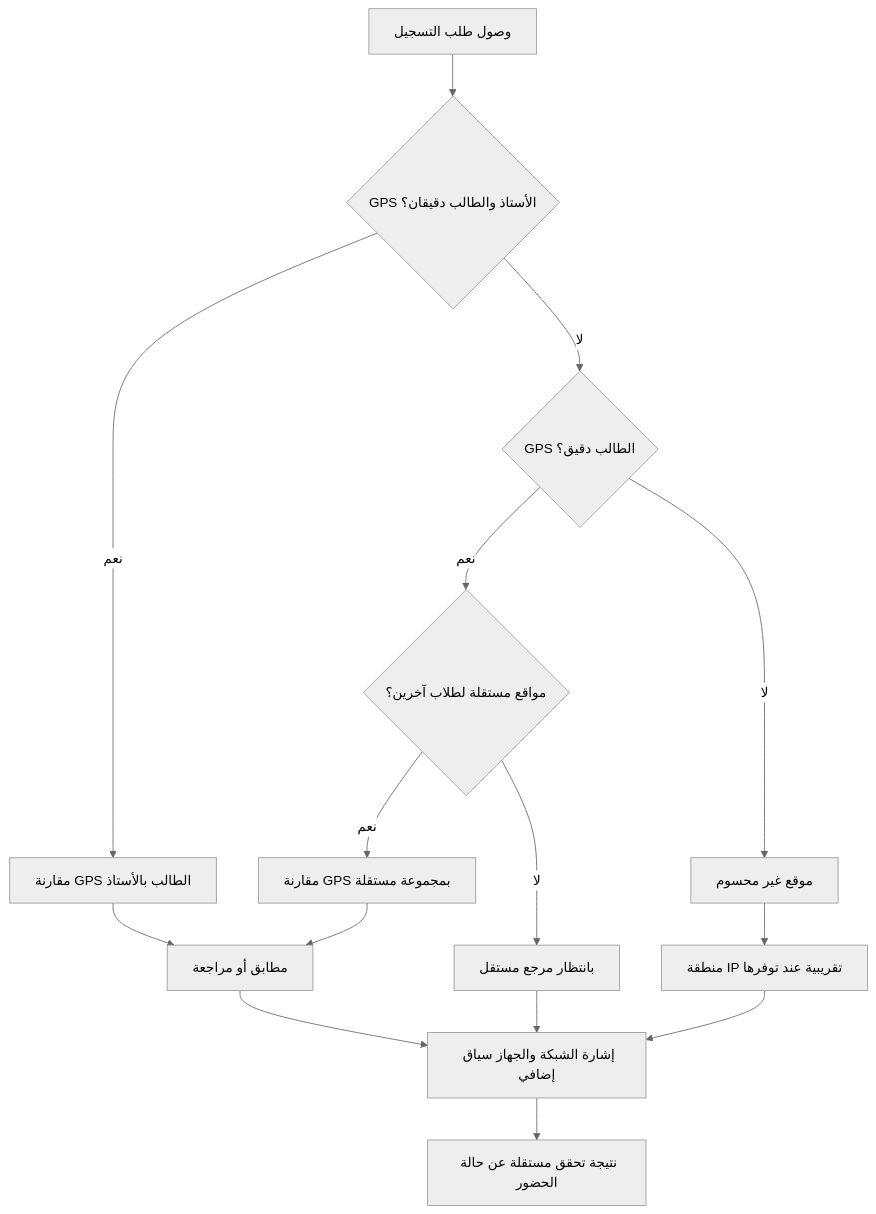
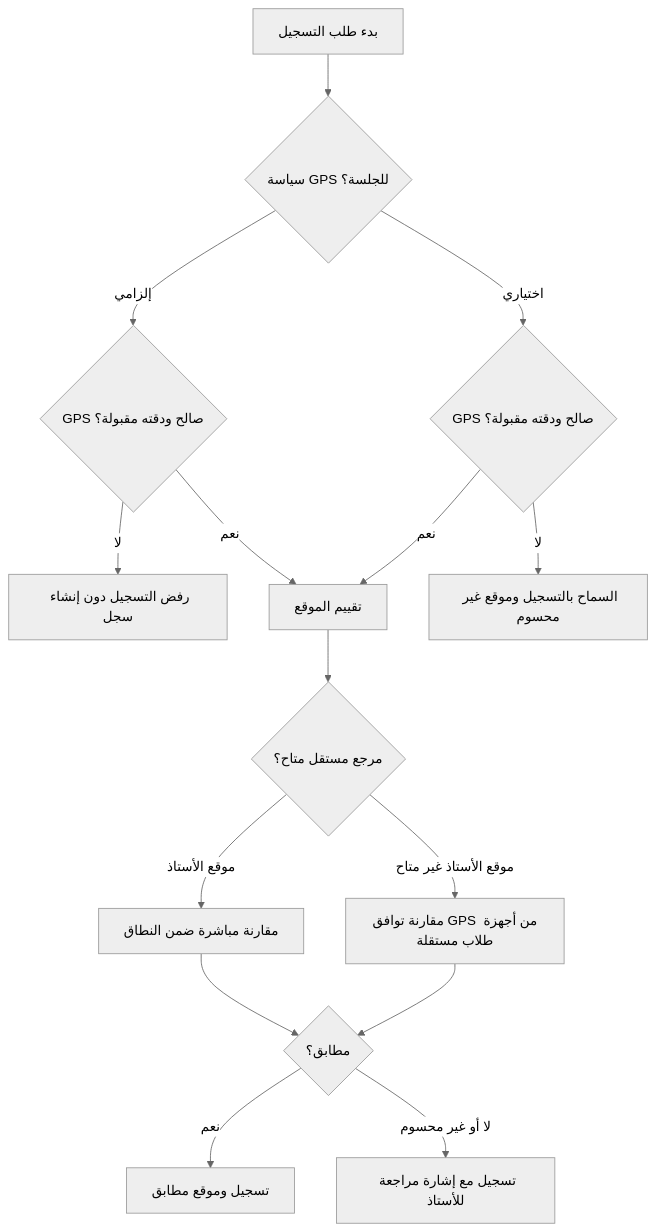
One commit to bedotalha/Attendanc changed the diagram in site/LOCATION_VERIFICATION_HIERARCHY.md. Above: the diagram before and after it, drawn with Mermaid (neutral theme). The commit also changed other lines of this file and 2 other files, not shown here.

Commit message:
Add two-path GPS session policy

````diff
--- a/site/LOCATION_VERIFICATION_HIERARCHY.md
+++ b/site/LOCATION_VERIFICATION_HIERARCHY.md
@@ -5,17 +10,17 @@
 ```mermaid
 flowchart TD
- A[وصول طلب التسجيل] --> B{GPS الأستاذ والطالب دقيقان؟}
- B -->|نعم| C[مقارنة GPS الطالب بالأستاذ]
- B -->|لا| D{GPS الطالب دقيق؟}
- D -->|نعم| E{مواقع مستقلة لطلاب آخرين؟}
- E -->|نعم| F[مقارنة GPS بمجموعة مستقلة]
- E -->|لا| G[بانتظار مرجع مستقل]
- D -->|لا| H[موقع غير محسوم]
- H --> I[منطقة IP تقريبية عند توفرها]
- C --> J[مطابق أو مراجعة]
- F --> J
- G --> K[إشارة الشبكة والجهاز سياق إضافي]
- I --> K
+ A[بدء طلب التسجيل] --> B{سياسة GPS للجلسة؟}
+ B -->|إلزامي| C{GPS صالح ودقته مقبولة؟}
+ C -->|لا| D[رفض التسجيل دون إنشاء سجل]
+ C -->|نعم| E[تقييم الموقع]
+ B -->|اختياري| F{GPS صالح ودقته مقبولة؟}
+ F -->|نعم| E
+ F -->|لا| G[السماح بالتسجيل وموقع غير محسوم]
+ E --> H{مرجع مستقل متاح؟}
+ H -->|موقع الأستاذ| I[مقارنة مباشرة ضمن النطاق]
+ H -->|موقع الأستاذ غير متاح| J[مقارنة توافق GPS من أجهزة طلاب مستقلة]
+ I --> K{مطابق؟}
  J --> K
- K --> L[نتيجة تحقق مستقلة عن حالة الحضور]
+ K -->|نعم| L[تسجيل وموقع مطابق]
+ K -->|لا أو غير محسوم| M[تسجيل مع إشارة مراجعة للأستاذ]
 ```
````
